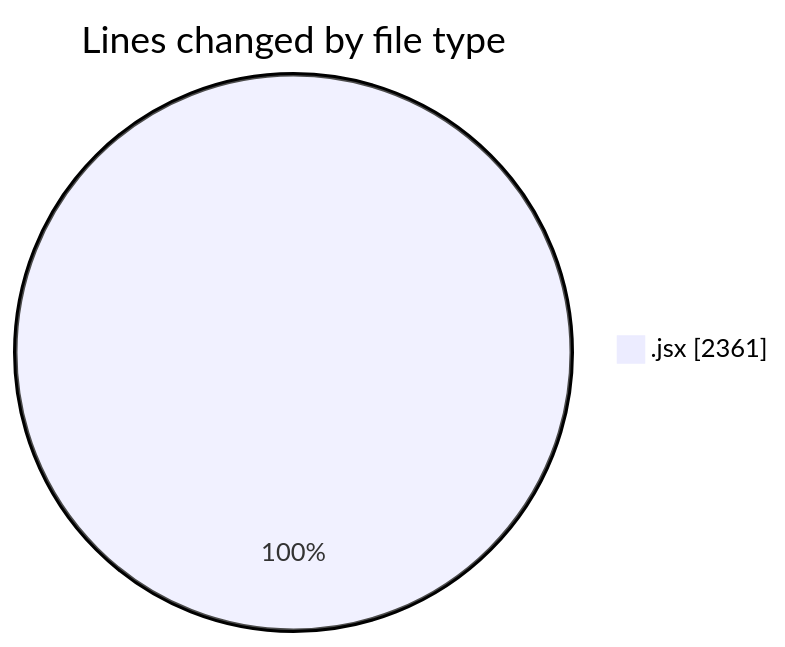
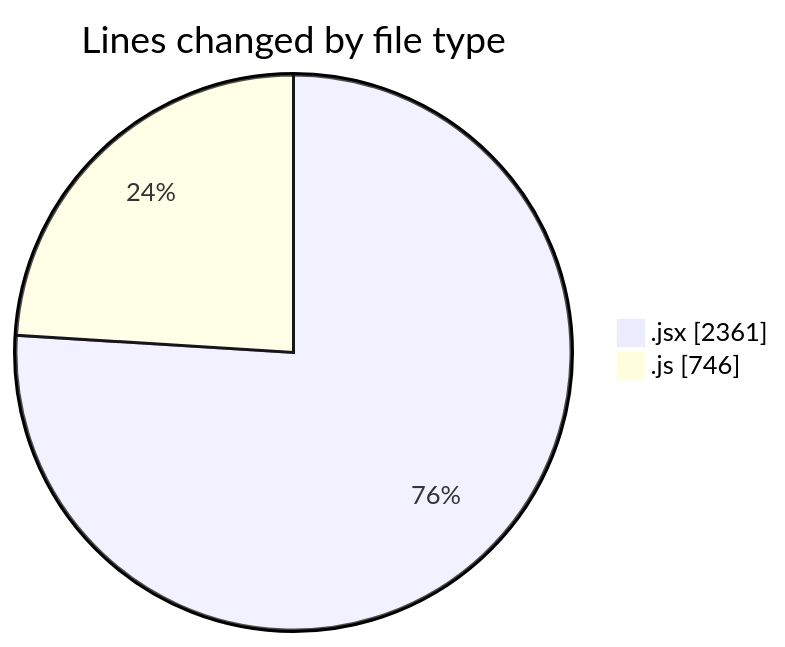
One commit to nxtqubesakshisongat/code-tracking changed the first of 2 diagrams in 2025-07-14/argos/README.md. Above: the diagram before and after it, drawn with Mermaid. The commit also changed other lines of this file and 1 other file, not shown here.

````diff
--- a/2025-07-14/argos/README.md
+++ b/2025-07-14/argos/README.md
@@ -23,5 +24,6 @@
 ```mermaid
 pie showData
 title Lines changed by file type
 ".jsx" : 2361
+".js" : 746
 ```
````
